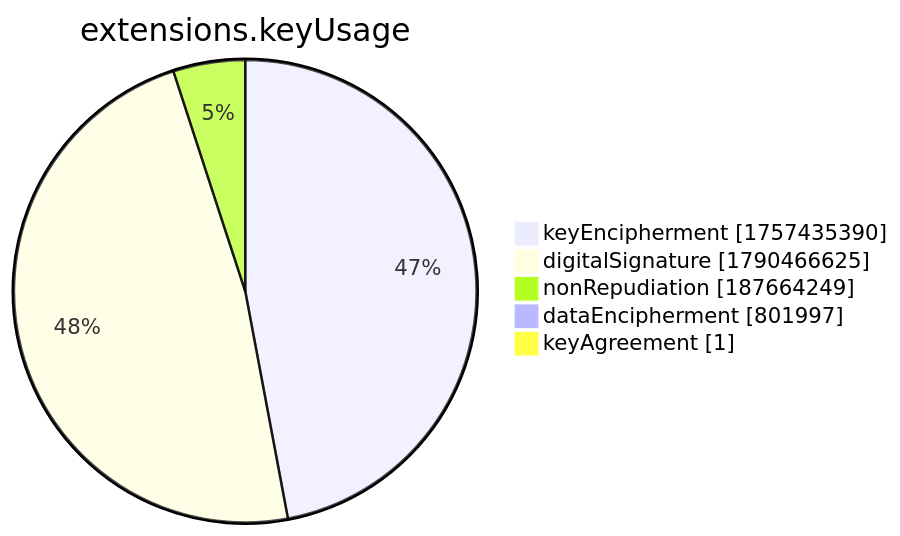
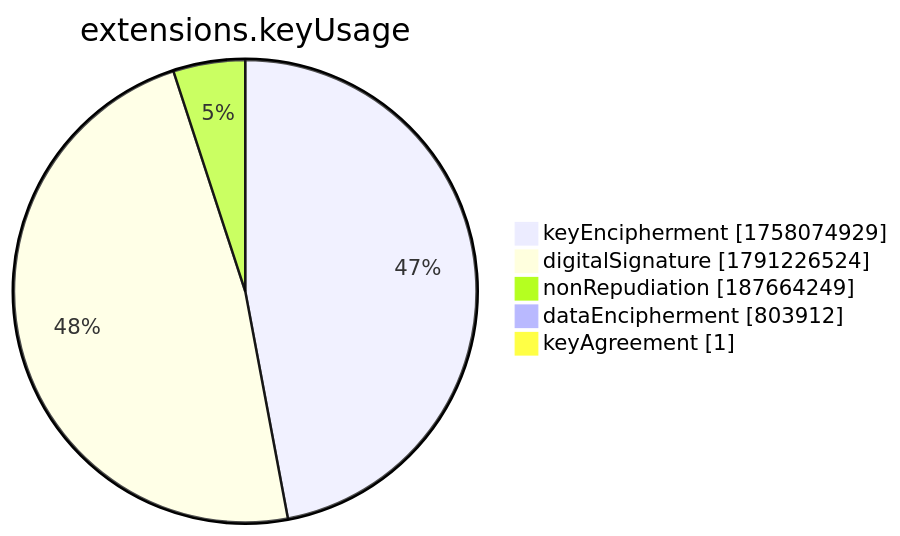
Before and after one commit to christiankrug/ctmonitor_visualization: the seventh of 15 diagrams in xenon2022/README.md, drawn with Mermaid. The commit also changed other lines of this file, not shown here.

````diff
--- a/xenon2022/README.md
+++ b/xenon2022/README.md
@@ -2859,9 +2859,9 @@
 ```mermaid
 pie showData
 title extensions.keyUsage
-"keyEncipherment" :1757435390
-"digitalSignature" :1790466625
+"keyEncipherment" :1758074929
+"digitalSignature" :1791226524
 "nonRepudiation" :187664249
-"dataEncipherment" :801997
+"dataEncipherment" :803912
 "keyAgreement" :1
 ```
````
